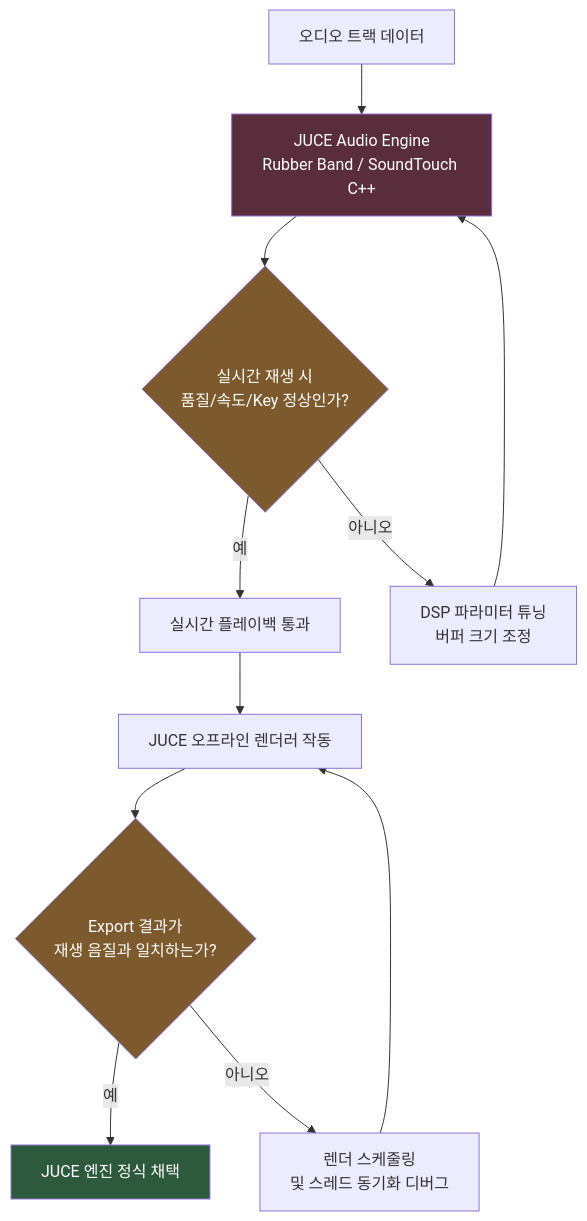
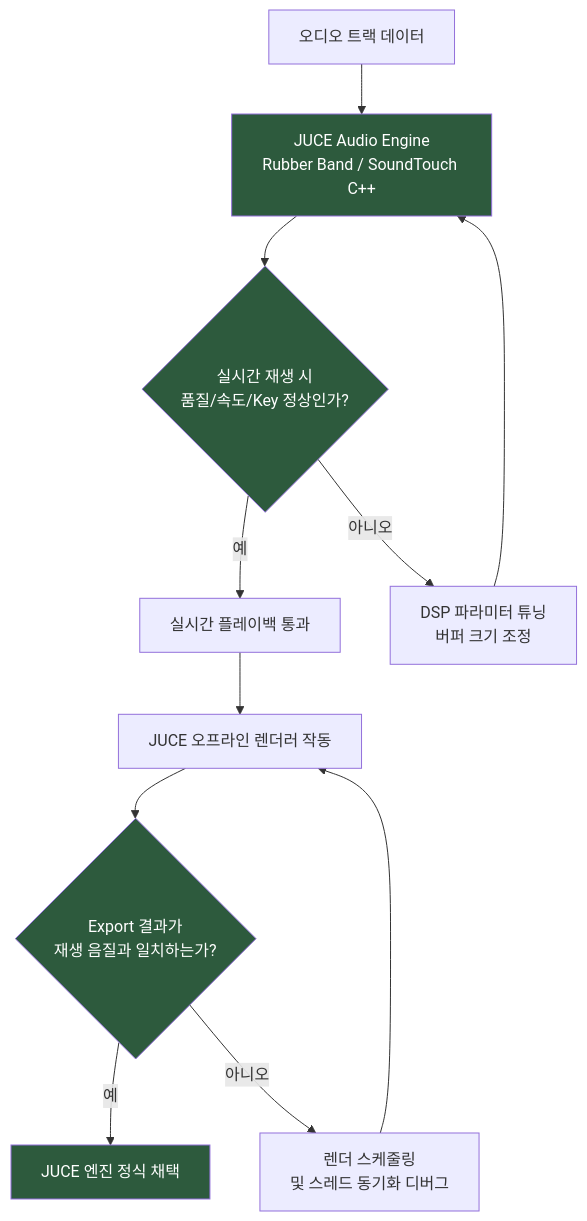
Before and after one commit to limsunglyong/FocusDAW-Studio: the third of 5 diagrams in 개발-프로세스.md, drawn with Mermaid. The commit also changed other lines of this file and 5 other files, not shown here.

````diff
--- a/개발-프로세스.md
+++ b/개발-프로세스.md
@@ -106,25 +94,25 @@
 ```mermaid
 flowchart TD
     INPUT[오디오 트랙 데이터]
     JUCE_DSP[JUCE Audio Engine<br/>Rubber Band / SoundTouch C++]
     CHECK{실시간 재생 시<br/>품질/속도/Key 정상인가?}
 
     OK[실시간 플레이백 통과]
     RETRY[DSP 파라미터 튜닝<br/>버퍼 크기 조정]
     EXPORT[JUCE 오프라인 렌더러 작동]
     MATCH{Export 결과가<br/>재생 음질과 일치하는가?}
     
     FINAL_OK[JUCE 엔진 정식 채택]
     DEBUG[렌더 스케줄링<br/>및 스레드 동기화 디버그]
 
     INPUT --> JUCE_DSP --> CHECK
     CHECK -->|아니오| RETRY --> JUCE_DSP
     CHECK -->|예| OK --> EXPORT --> MATCH
     MATCH -->|예| FINAL_OK
     MATCH -->|아니오| DEBUG --> EXPORT
 
-    style JUCE_DSP fill:#5a2d3d,color:#fff
-    style CHECK fill:#7d5a2d,color:#fff
-    style MATCH fill:#7d5a2d,color:#fff
+    style JUCE_DSP fill:#2d5a3d,color:#fff
+    style CHECK fill:#2d5a3d,color:#fff
+    style MATCH fill:#2d5a3d,color:#fff
     style FINAL_OK fill:#2d5a3d,color:#fff
 ```
````
